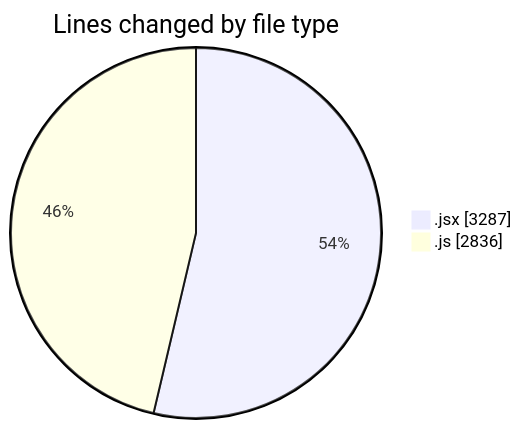
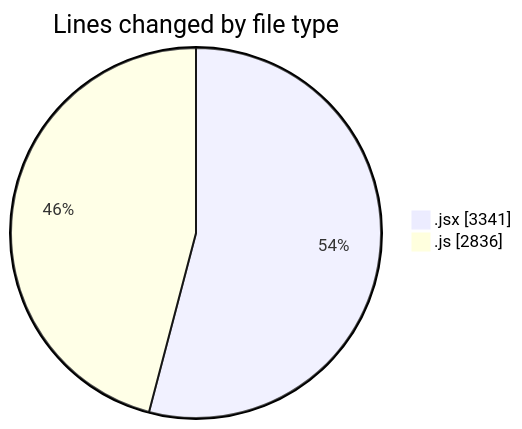
The first of 2 diagrams in 2025-09-23/nxtqube_webapp/README.md (nxtqubesakshisongat/code-tracking), drawn with Mermaid before and after one commit. The commit also changed other lines of this file and 1 other file, not shown here.

````diff
--- a/2025-09-23/nxtqube_webapp/README.md
+++ b/2025-09-23/nxtqube_webapp/README.md
@@ -23,6 +23,6 @@
 ```mermaid
 pie showData
 title Lines changed by file type
-".jsx" : 3287
+".jsx" : 3341
 ".js" : 2836
 ```
````
